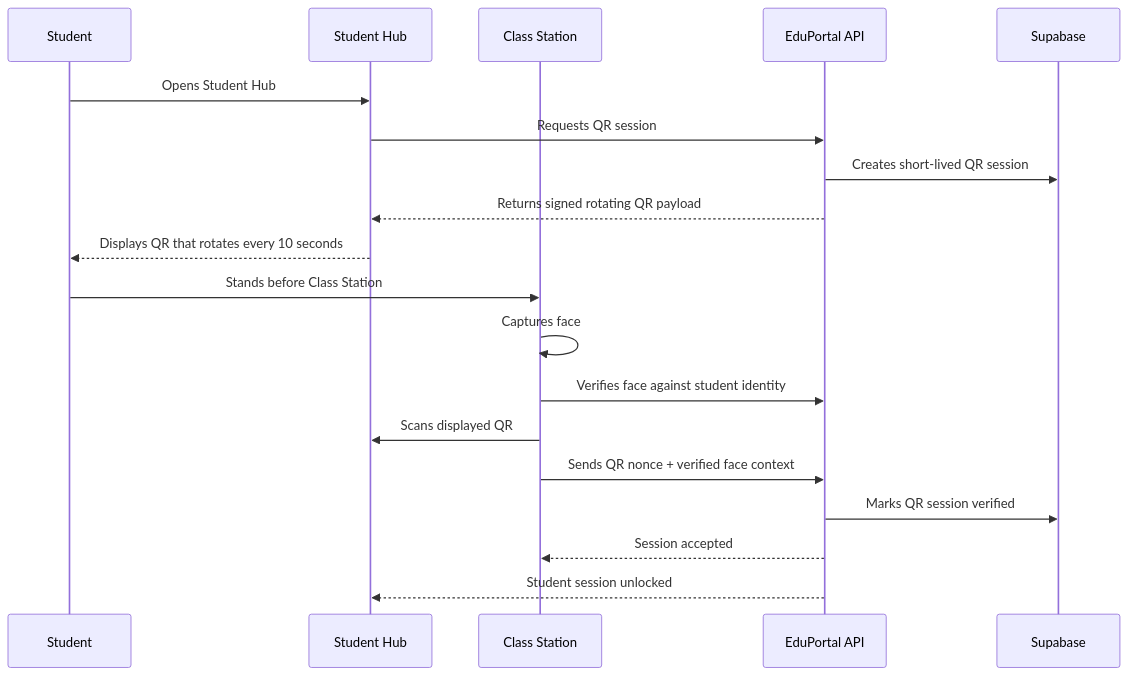
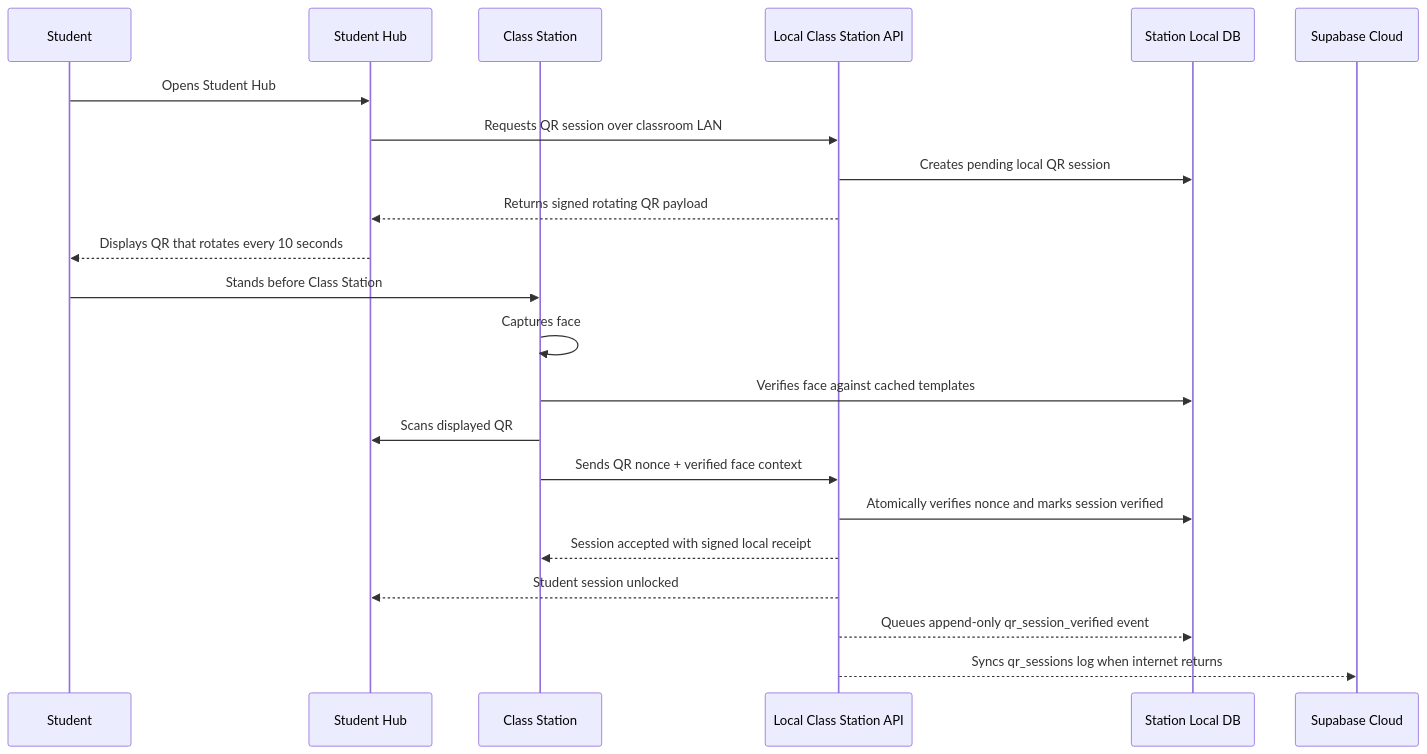
One commit to tecbunny/SCHOOL changed the second of 3 diagrams in DETAILED_WORKING_REPORT.md. Above: the diagram before and after it, drawn with Mermaid. The commit also changed other lines of this file and 8 other files, not shown here.

Commit message:
feat: implement local-first QR session and verification flow for classroom stations

````diff
--- a/DETAILED_WORKING_REPORT.md
+++ b/DETAILED_WORKING_REPORT.md
@@ -366,22 +366,25 @@
 ```mermaid
 sequenceDiagram
   participant Student
   participant Hub as Student Hub
   participant Station as Class Station
-  participant API as EduPortal API
-  participant DB as Supabase
+  participant Edge as Local Class Station API
+  participant LocalDB as Station Local DB
+  participant Cloud as Supabase Cloud
 
   Student->>Hub: Opens Student Hub
-  Hub->>API: Requests QR session
-  API->>DB: Creates short-lived QR session
-  API-->>Hub: Returns signed rotating QR payload
+  Hub->>Edge: Requests QR session over classroom LAN
+  Edge->>LocalDB: Creates pending local QR session
+  Edge-->>Hub: Returns signed rotating QR payload
   Hub-->>Student: Displays QR that rotates every 10 seconds
   Student->>Station: Stands before Class Station
   Station->>Station: Captures face
-  Station->>API: Verifies face against student identity
+  Station->>LocalDB: Verifies face against cached templates
   Station->>Hub: Scans displayed QR
-  Station->>API: Sends QR nonce + verified face context
-  API->>DB: Marks QR session verified
-  API-->>Station: Session accepted
-  API-->>Hub: Student session unlocked
+  Station->>Edge: Sends QR nonce + verified face context
+  Edge->>LocalDB: Atomically verifies nonce and marks session verified
+  Edge-->>Station: Session accepted with signed local receipt
+  Edge-->>Hub: Student session unlocked
+  Edge-->>LocalDB: Queues append-only qr_session_verified event
+  Edge-->>Cloud: Syncs qr_sessions log when internet returns
 ```
````
